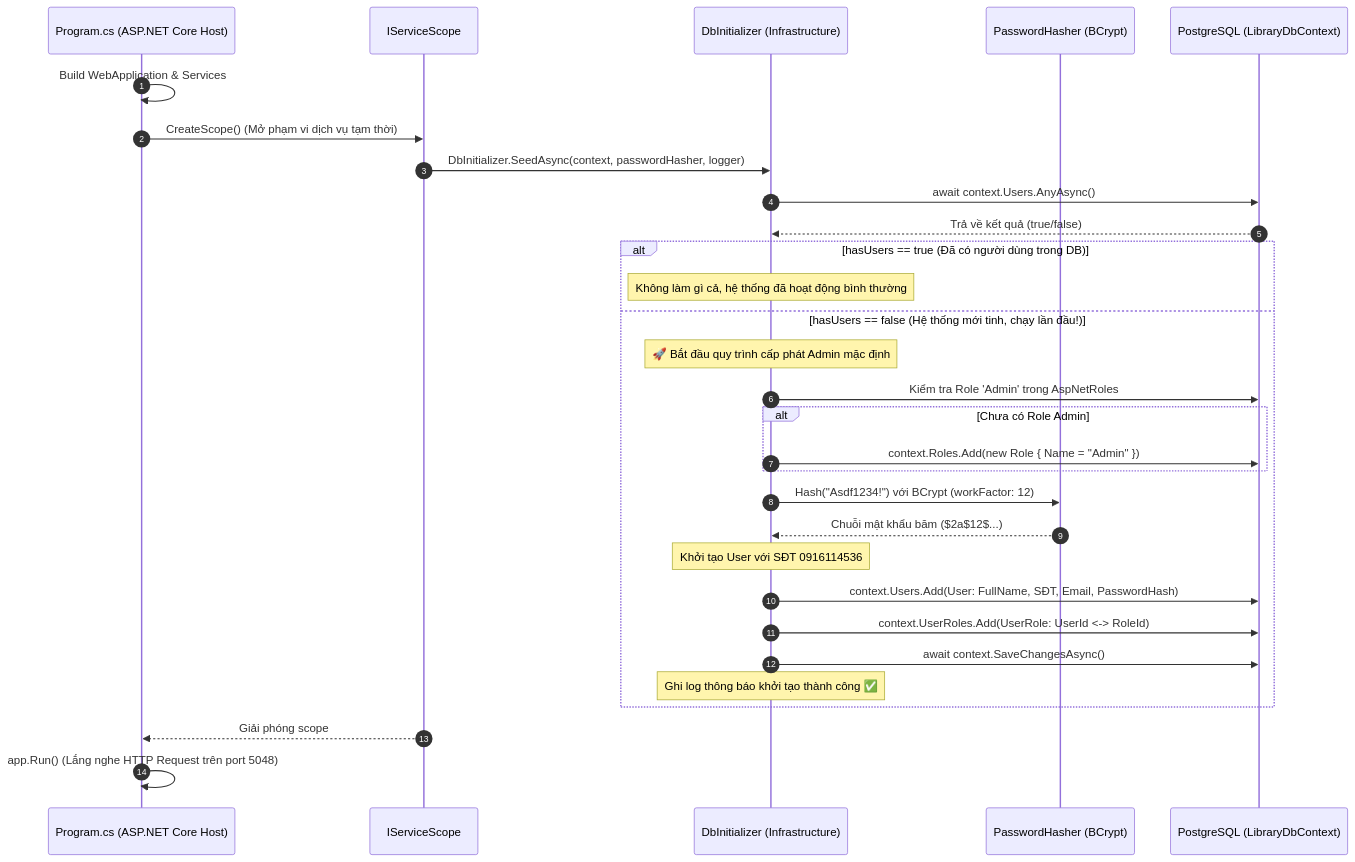
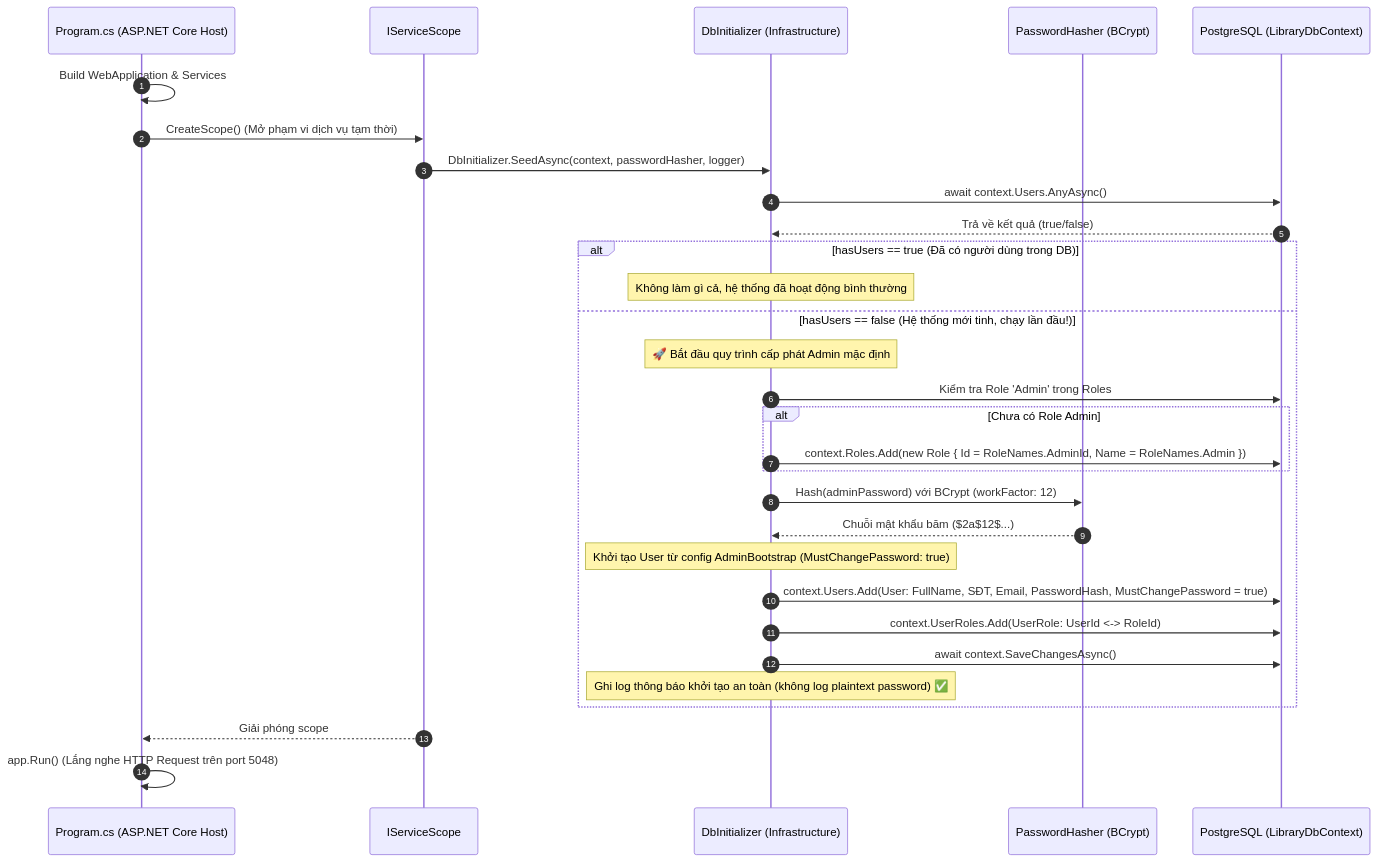
One commit to hinatanie/light-brary changed the fourth of 5 diagrams in note.md. Above: the diagram before and after it, drawn with Mermaid. The commit also changed other lines of this file and 1 other file, not shown here.

````diff
--- a/note.md
+++ b/note.md
@@ -1095,40 +1095,40 @@
 ```mermaid
 sequenceDiagram
     autonumber
     participant App as Program.cs (ASP.NET Core Host)
     participant Scope as IServiceScope
     participant Seeder as DbInitializer (Infrastructure)
     participant Hasher as PasswordHasher (BCrypt)
     participant DB as PostgreSQL (LibraryDbContext)
 
     App->>App: Build WebApplication & Services
     App->>Scope: CreateScope() (Mở phạm vi dịch vụ tạm thời)
     Scope->>Seeder: DbInitializer.SeedAsync(context, passwordHasher, logger)
     
     Seeder->>DB: await context.Users.AnyAsync()
     DB-->>Seeder: Trả về kết quả (true/false)
 
     alt hasUsers == true (Đã có người dùng trong DB)
         Note over Seeder: Không làm gì cả, hệ thống đã hoạt động bình thường
     else hasUsers == false (Hệ thống mới tinh, chạy lần đầu!)
         Note over Seeder: 🚀 Bắt đầu quy trình cấp phát Admin mặc định
         
-        Seeder->>DB: Kiểm tra Role 'Admin' trong AspNetRoles
+        Seeder->>DB: Kiểm tra Role 'Admin' trong Roles
         alt Chưa có Role Admin
-            Seeder->>DB: context.Roles.Add(new Role { Name = "Admin" })
+            Seeder->>DB: context.Roles.Add(new Role { Id = RoleNames.AdminId, Name = RoleNames.Admin })
         end
         
-        Seeder->>Hasher: Hash("Asdf1234!") với BCrypt (workFactor: 12)
+        Seeder->>Hasher: Hash(adminPassword) với BCrypt (workFactor: 12)
         Hasher-->>Seeder: Chuỗi mật khẩu băm ($2a$12$...)
         
-        Note over Seeder: Khởi tạo User với SĐT 0916114536
-        Seeder->>DB: context.Users.Add(User: FullName, SĐT, Email, PasswordHash)
+        Note over Seeder: Khởi tạo User từ config AdminBootstrap (MustChangePassword: true)
+        Seeder->>DB: context.Users.Add(User: FullName, SĐT, Email, PasswordHash, MustChangePassword = true)
         Seeder->>DB: context.UserRoles.Add(UserRole: UserId <-> RoleId)
         Seeder->>DB: await context.SaveChangesAsync()
         
-        Note over Seeder: Ghi log thông báo khởi tạo thành công ✅
+        Note over Seeder: Ghi log thông báo khởi tạo an toàn (không log plaintext password) ✅
     end
 
     Scope-->>App: Giải phóng scope
     App->>App: app.Run() (Lắng nghe HTTP Request trên port 5048)
 ```
````
